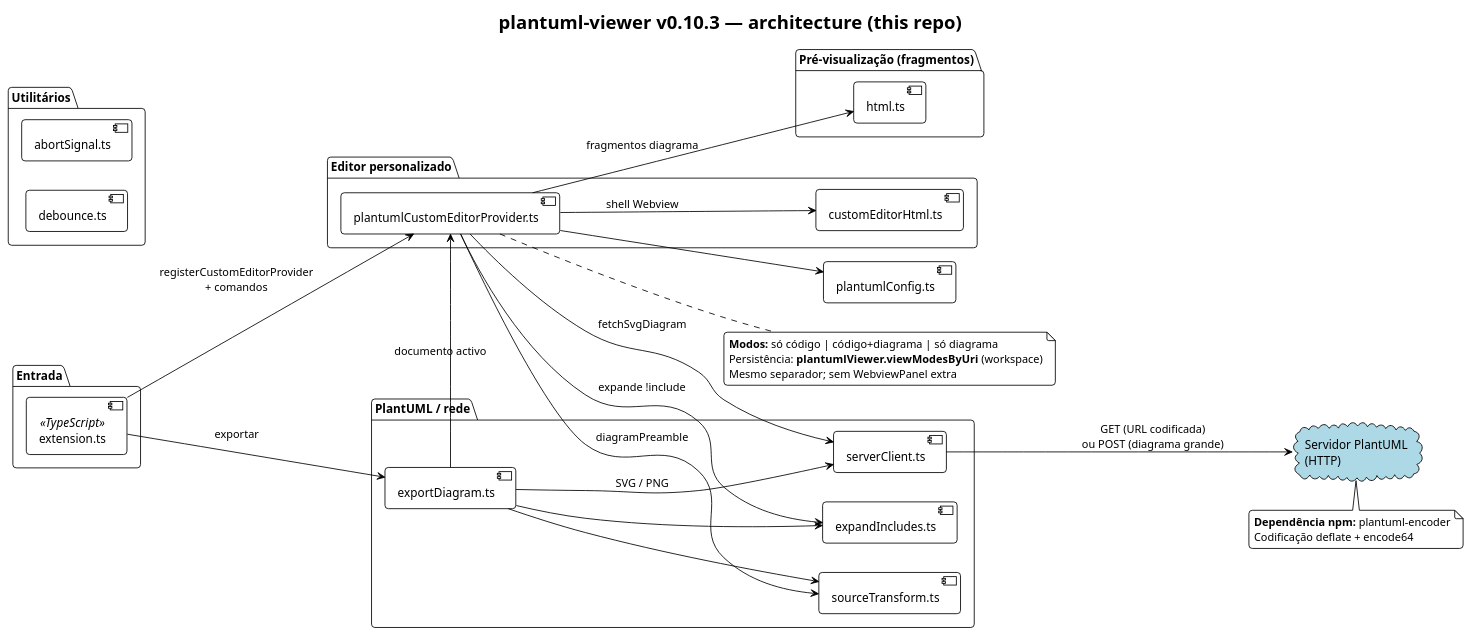
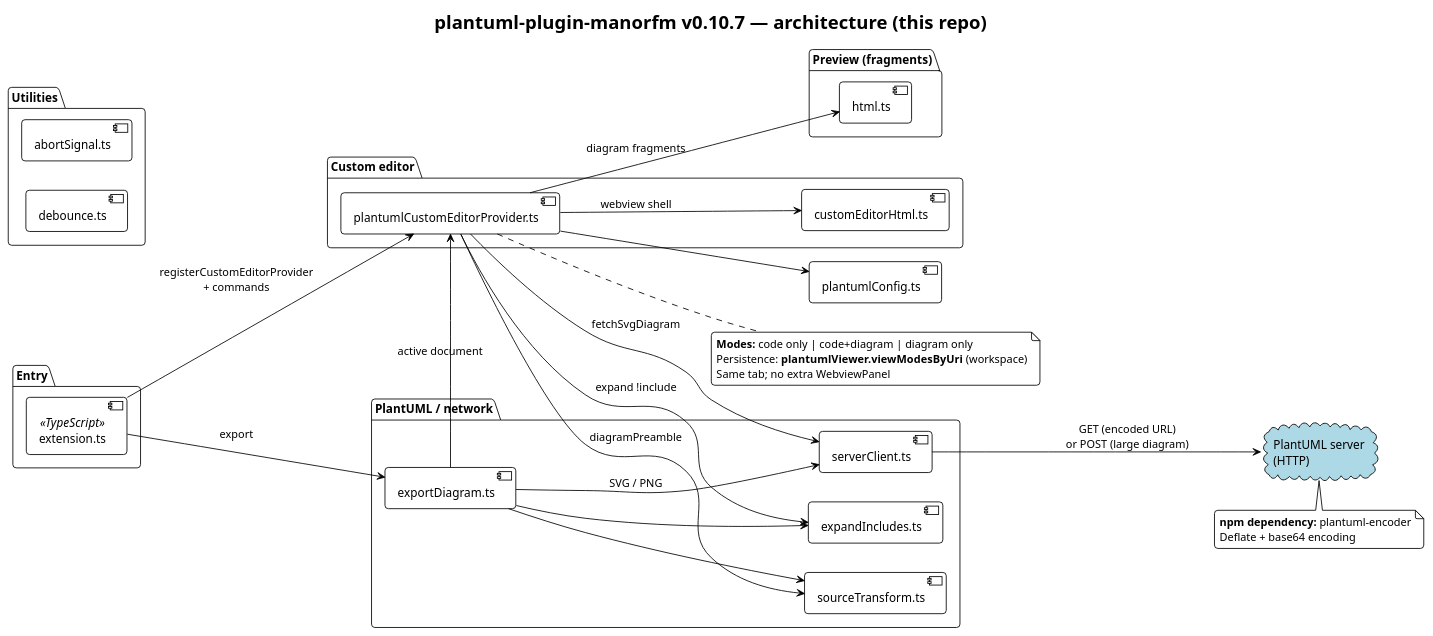
The diagram in examples/architecture.puml (manorfm/plantuml-plugin), drawn with PlantUML before and after one commit. The commit also changed 14 other files, not shown here.

```diff
--- a/examples/architecture.puml
+++ b/examples/architecture.puml
@@ -1,68 +1,68 @@
 @startuml
 !theme plain
 skinparam shadowing false
 skinparam roundcorner 8
 skinparam defaultFontName Verdana
 
-title plantuml-viewer v0.10.3 — architecture (this repo)
+title plantuml-plugin-manorfm v0.10.7 — architecture (this repo)
 
 left to right direction
 
-package "Entrada" {
+package "Entry" {
   component [extension.ts] as EXT <<TypeScript>>
 }
 
-package "Editor personalizado" {
+package "Custom editor" {
   component [plantumlCustomEditorProvider.ts] as CEP
   component [customEditorHtml.ts] as CEH
 }
 
-package "Pré-visualização (fragmentos)" {
+package "Preview (fragments)" {
   component [html.ts] as HTML
 }
 
-package "PlantUML / rede" {
+package "PlantUML / network" {
   component [serverClient.ts] as SC
   component [expandIncludes.ts] as INC
   component [exportDiagram.ts] as EXP
   component [sourceTransform.ts] as ST
 }
 
 component [plantumlConfig.ts] as CFG
 
-package "Utilitários" {
+package "Utilities" {
   component [abortSignal.ts] as AB
   component [debounce.ts] as DB
 }
 
-cloud "Servidor PlantUML\n(HTTP)" as SRV #LightBlue
+cloud "PlantUML server\n(HTTP)" as SRV #LightBlue
 
-EXT --> CEP : registerCustomEditorProvider\n+ comandos
-EXT --> EXP : exportar
+EXT --> CEP : registerCustomEditorProvider\n+ commands
+EXT --> EXP : export
 
-CEP --> CEH : shell Webview
-CEP --> INC : expande !include
+CEP --> CEH : webview shell
+CEP --> INC : expand !include
 CEP --> ST : diagramPreamble
 CEP --> SC : fetchSvgDiagram
-CEP --> HTML : fragmentos diagrama
+CEP --> HTML : diagram fragments
 CEP --> CFG
 
 EXP --> INC
 EXP --> ST
 EXP --> SC : SVG / PNG
-EXP --> CEP : documento activo
+EXP --> CEP : active document
 
-SC --> SRV : GET (URL codificada)\nou POST (diagrama grande)
+SC --> SRV : GET (encoded URL)\nor POST (large diagram)
 
 note right of CEP
-  **Modos:** só código | código+diagrama | só diagrama
-  Persistência: **plantumlViewer.viewModesByUri** (workspace)
-  Mesmo separador; sem WebviewPanel extra
+  **Modes:** code only | code+diagram | diagram only
+  Persistence: **plantumlViewer.viewModesByUri** (workspace)
+  Same tab; no extra WebviewPanel
 end note
 
 note bottom of SRV
-  **Dependência npm:** plantuml-encoder
-  Codificação deflate + encode64
+  **npm dependency:** plantuml-encoder
+  Deflate + base64 encoding
 end note
 
 @enduml
```
